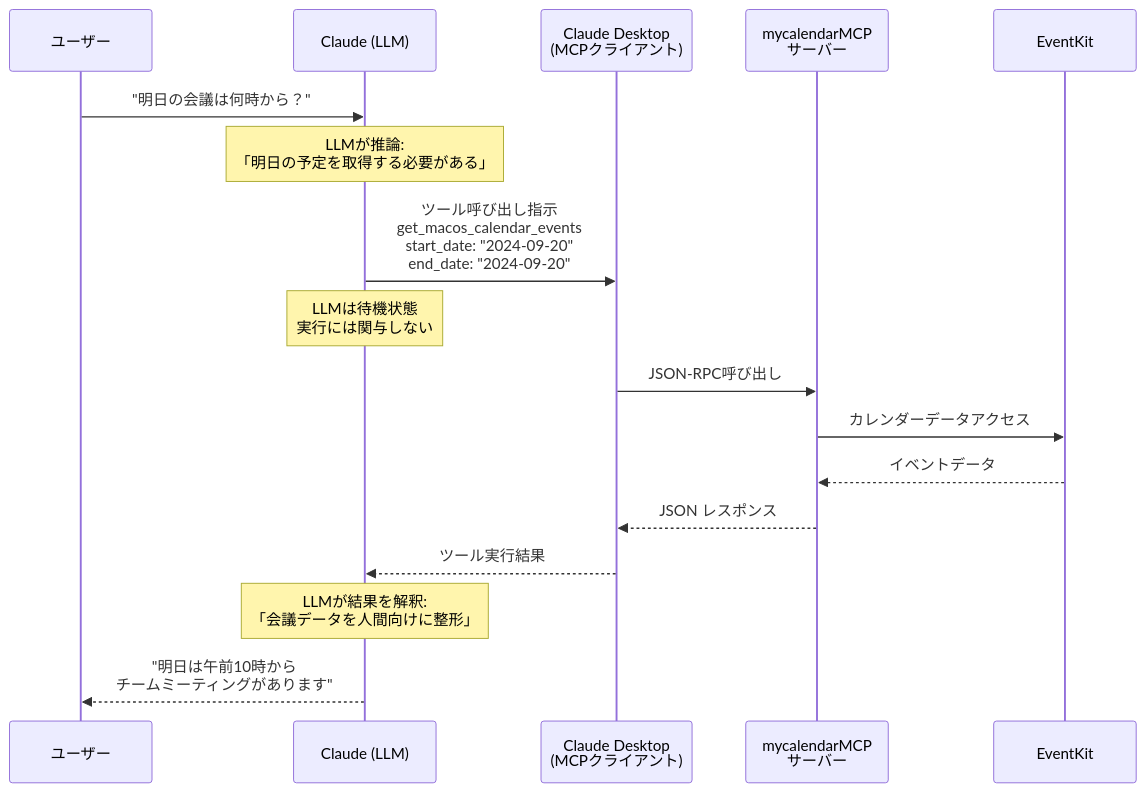
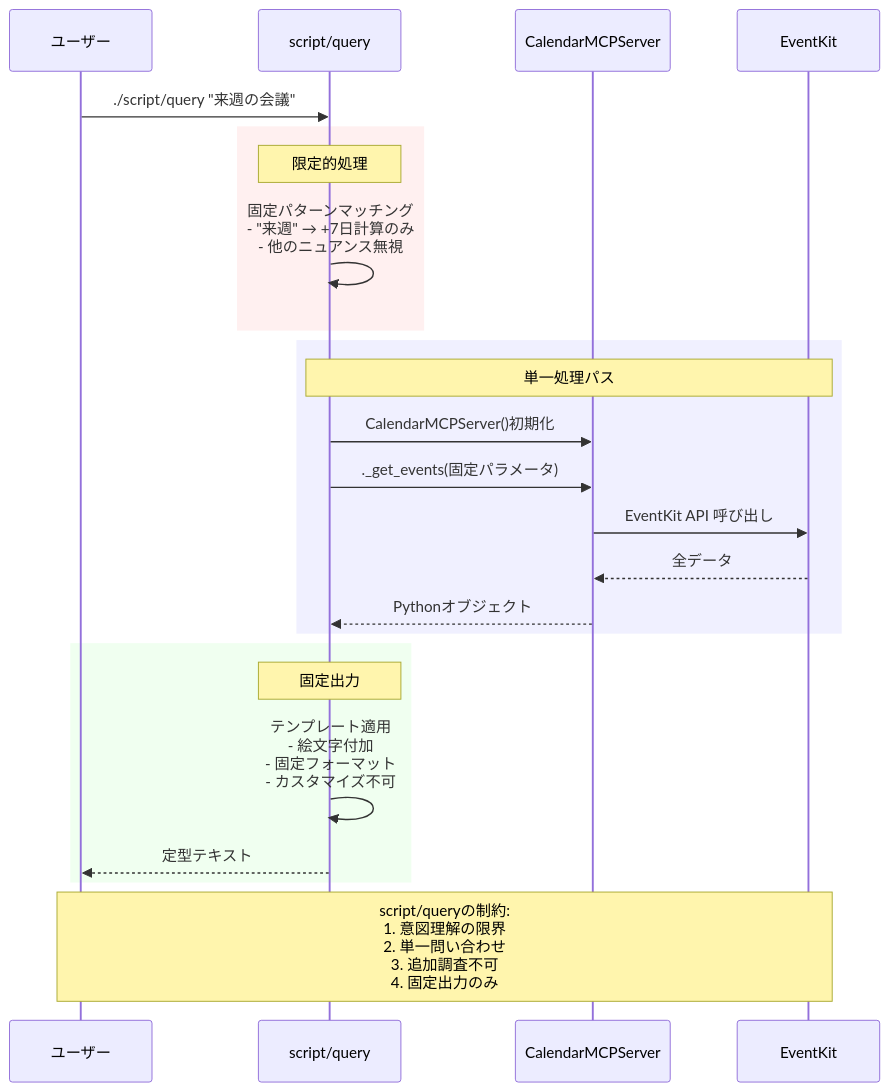
The third of 4 diagrams in docs/07-llm-mcp-relationship.md (koudaiii/myCalendarMCP), drawn with Mermaid before and after one commit. The commit also changed other lines of this file and 7 other files, not shown here.

````diff
--- a/docs/07-llm-mcp-relationship.md
+++ b/docs/07-llm-mcp-relationship.md
@@ -247,27 +324,31 @@
 ```mermaid
 sequenceDiagram
     participant User as ユーザー
-    participant Claude as Claude (LLM)
-    participant Desktop as Claude Desktop<br/>(MCPクライアント)
-    participant MCP as mycalendarMCP<br/>サーバー
+    participant Script as script/query
+    participant Server as CalendarMCPServer
     participant EventKit as EventKit
 
-    User->>Claude: "明日の会議は何時から？"
+    User->>Script: ./script/query "来週の会議"
 
-    Note over Claude: LLMが推論:<br/>「明日の予定を取得する必要がある」
+    rect rgb(255, 240, 240)
+        Note over Script: 限定的処理
+        Script->>Script: 固定パターンマッチング<br/>- "来週" → +7日計算のみ<br/>- 他のニュアンス無視
+    end
 
-    Claude->>Desktop: ツール呼び出し指示<br/>get_macos_calendar_events<br/>start_date: "2024-09-20"<br/>end_date: "2024-09-20"
+    rect rgb(240, 240, 255)
+        Note over Script, EventKit: 単一処理パス
+        Script->>Server: CalendarMCPServer()初期化
+        Script->>Server: ._get_events(固定パラメータ)
+        Server->>EventKit: EventKit API 呼び出し
+        EventKit-->>Server: 全データ
+        Server-->>Script: Pythonオブジェクト
+    end
 
-    Note over Claude: LLMは待機状態<br/>実行には関与しない
+    rect rgb(240, 255, 240)
+        Note over Script: 固定出力
+        Script->>Script: テンプレート適用<br/>- 絵文字付加<br/>- 固定フォーマット<br/>- カスタマイズ不可
+        Script-->>User: 定型テキスト
+    end
 
-    Desktop->>MCP: JSON-RPC呼び出し
-    MCP->>EventKit: カレンダーデータアクセス
-    EventKit-->>MCP: イベントデータ
-    MCP-->>Desktop: JSON レスポンス
-
-    Desktop-->>Claude: ツール実行結果
-
-    Note over Claude: LLMが結果を解釈:<br/>「会議データを人間向けに整形」
-
-    Claude-->>User: "明日は午前10時から<br/>チームミーティングがあります"
+    Note over User, EventKit: script/queryの制約:<br/>1. 意図理解の限界<br/>2. 単一問い合わせ<br/>3. 追加調査不可<br/>4. 固定出力のみ
 ```
````
